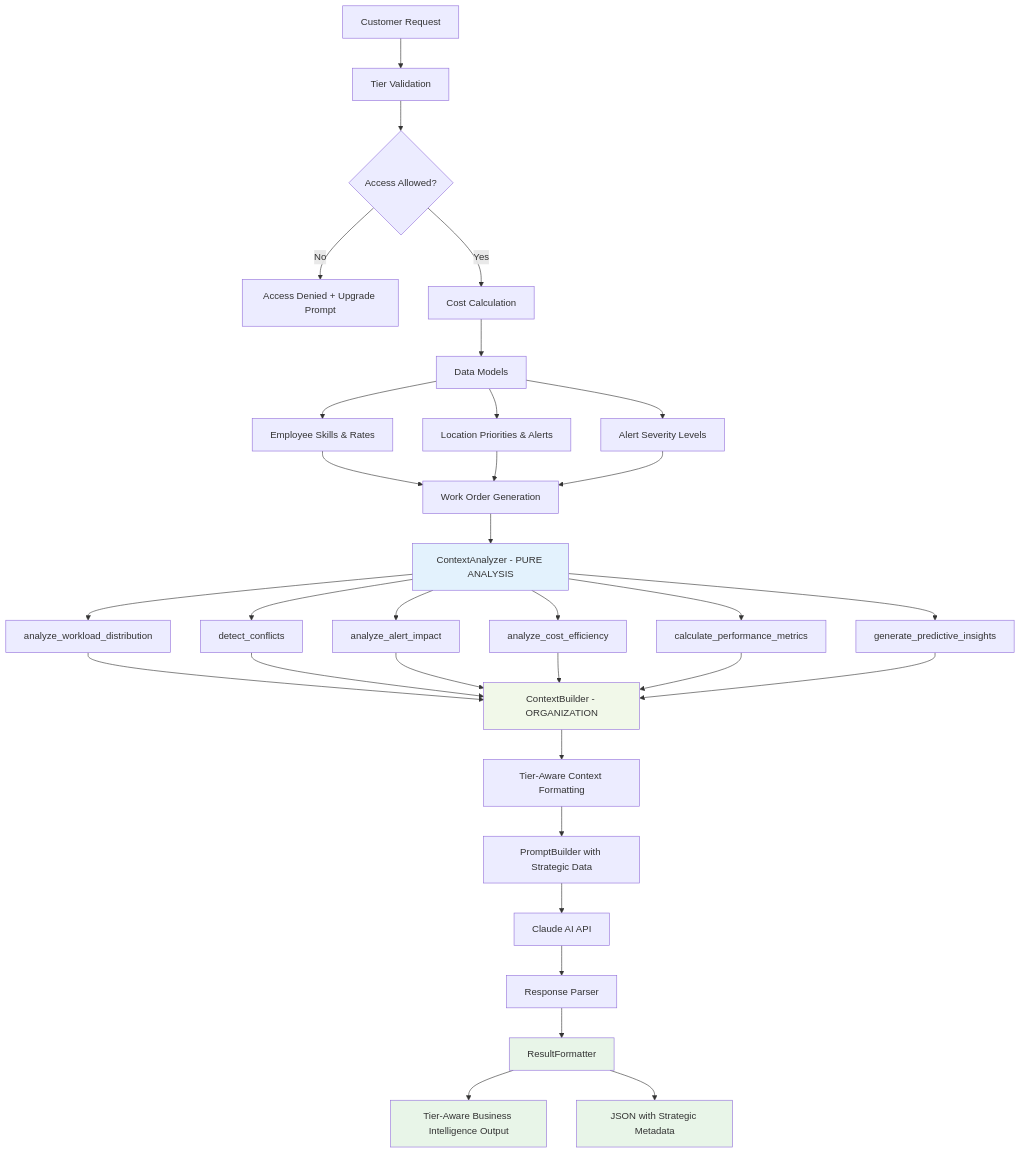
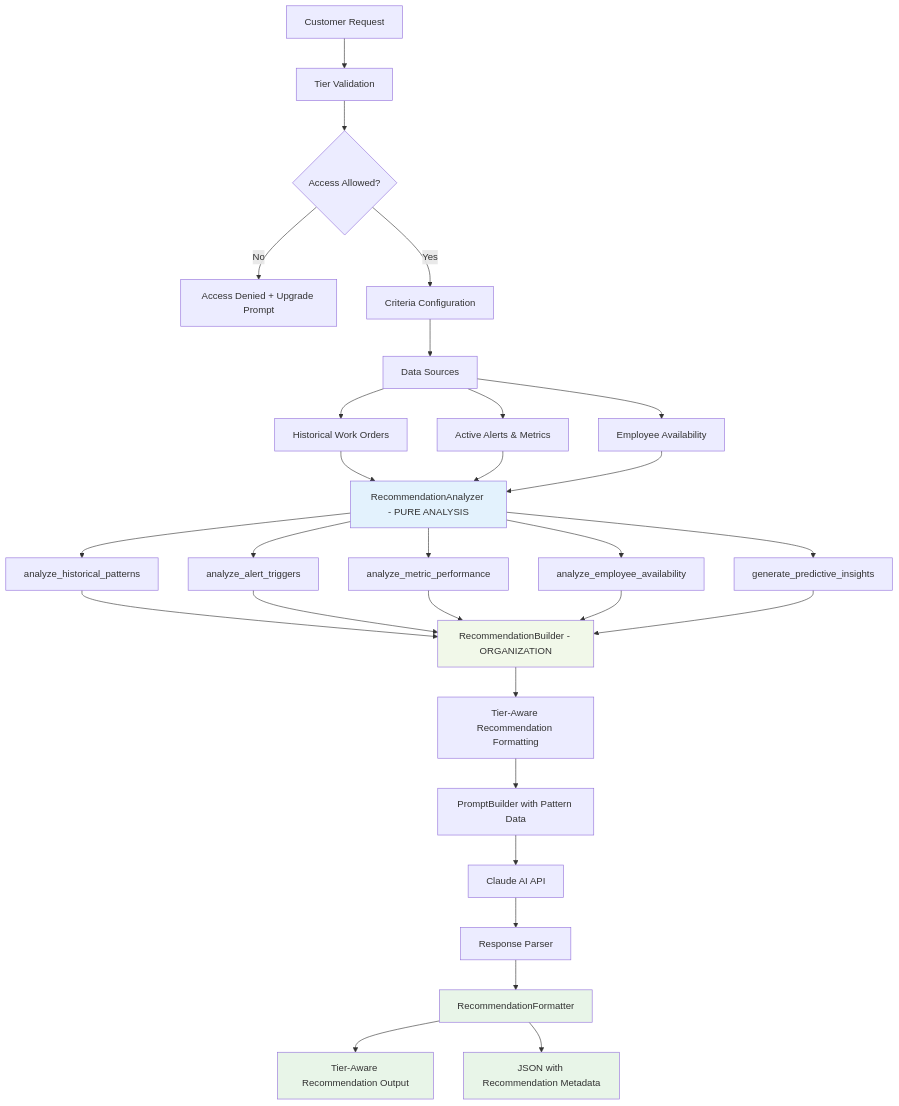
The first of 2 diagrams in README.md (CarloCHEN/pudu_robot), drawn with Mermaid before and after one commit. The commit also changed other lines of this file and 18 other files, not shown here.

````diff
--- a/README.md
+++ b/README.md
@@ -143,46 +136,43 @@
 ```mermaid
 flowchart TD
     A[Customer Request] --> B[Tier Validation]
     B --> C{Access Allowed?}
     C -->|No| D[Access Denied + Upgrade Prompt]
-    C -->|Yes| E[Cost Calculation]
+    C -->|Yes| E[Criteria Configuration]
 
-    E --> F[Data Models]
-    F --> G[Employee Skills & Rates]
-    F --> H[Location Priorities & Alerts]
-    F --> I[Alert Severity Levels]
+    E --> F[Data Sources]
+    F --> G[Historical Work Orders]
+    F --> H[Active Alerts & Metrics]
+    F --> I[Employee Availability]
 
-    G --> J[Work Order Generation]
+    G --> J[RecommendationAnalyzer - PURE ANALYSIS]
     H --> J
     I --> J
 
-    J --> K[ContextAnalyzer - PURE ANALYSIS]
-    K --> L[analyze_workload_distribution]
-    K --> M[detect_conflicts]
-    K --> N[analyze_alert_impact]
-    K --> O[analyze_cost_efficiency]
-    K --> P[calculate_performance_metrics]
-    K --> Q[generate_predictive_insights]
+    J --> K[analyze_historical_patterns]
+    J --> L[analyze_alert_triggers]
+    J --> M[analyze_metric_performance]
+    J --> N[analyze_employee_availability]
+    J --> O[generate_predictive_insights]
 
-    L --> R[ContextBuilder - ORGANIZATION]
-    M --> R
-    N --> R
-    O --> R
-    P --> R
-    Q --> R
+    K --> P[RecommendationBuilder - ORGANIZATION]
+    L --> P
+    M --> P
+    N --> P
+    O --> P
 
-    R --> S[Tier-Aware Context Formatting]
-    S --> T[PromptBuilder with Strategic Data]
-    T --> U[Claude AI API]
-    U --> V[Response Parser]
-    V --> W[ResultFormatter]
+    P --> Q[Tier-Aware Recommendation Formatting]
+    Q --> R[PromptBuilder with Pattern Data]
+    R --> S[Claude AI API]
+    S --> T[Response Parser]
+    T --> U[RecommendationFormatter]
 
-    W --> X[Tier-Aware Business Intelligence Output]
-    W --> Y[JSON with Strategic Metadata]
+    U --> V[Tier-Aware Recommendation Output]
+    U --> W[JSON with Recommendation Metadata]
 
-    style K fill:#e3f2fd
-    style R fill:#f1f8e9
+    style J fill:#e3f2fd
+    style P fill:#f1f8e9
+    style U fill:#e8f5e8
+    style V fill:#e8f5e8
     style W fill:#e8f5e8
-    style X fill:#e8f5e8
-    style Y fill:#e8f5e8
 ```
````
